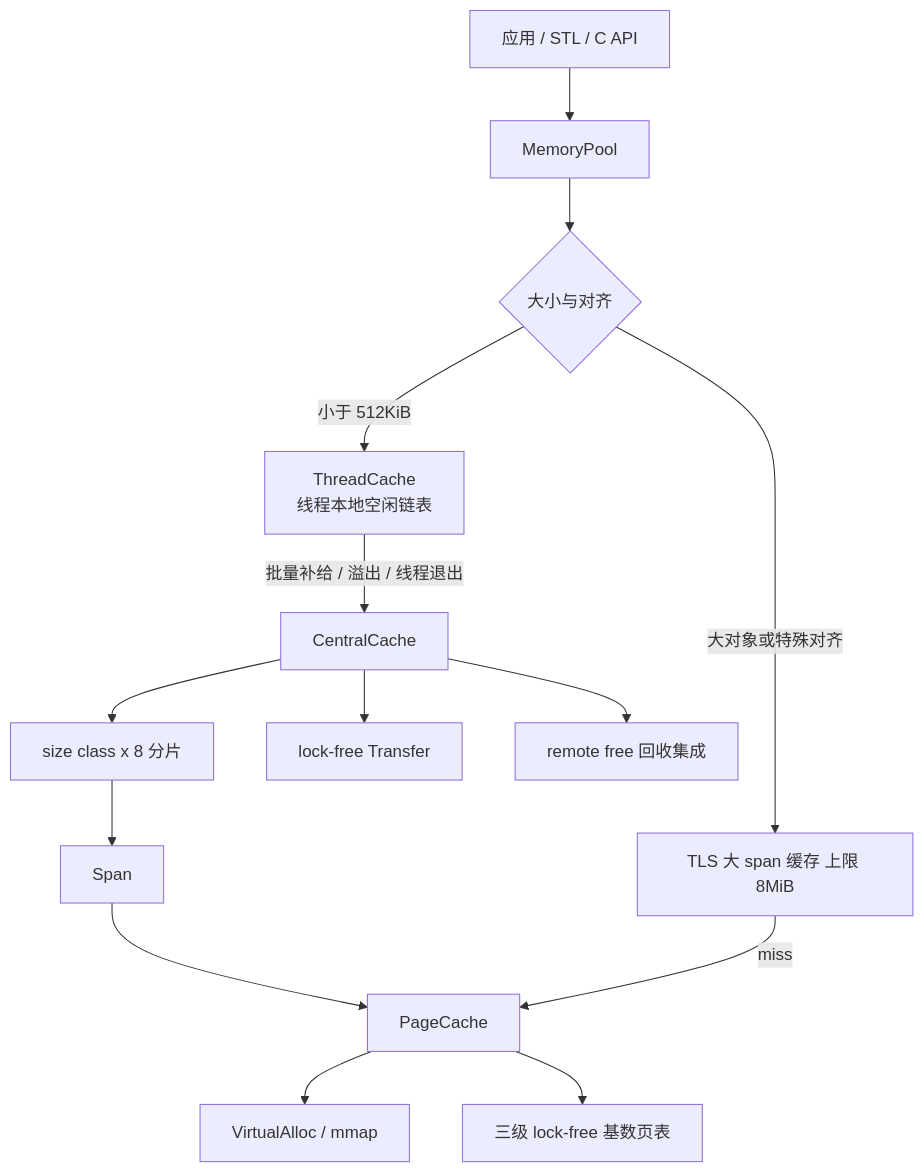
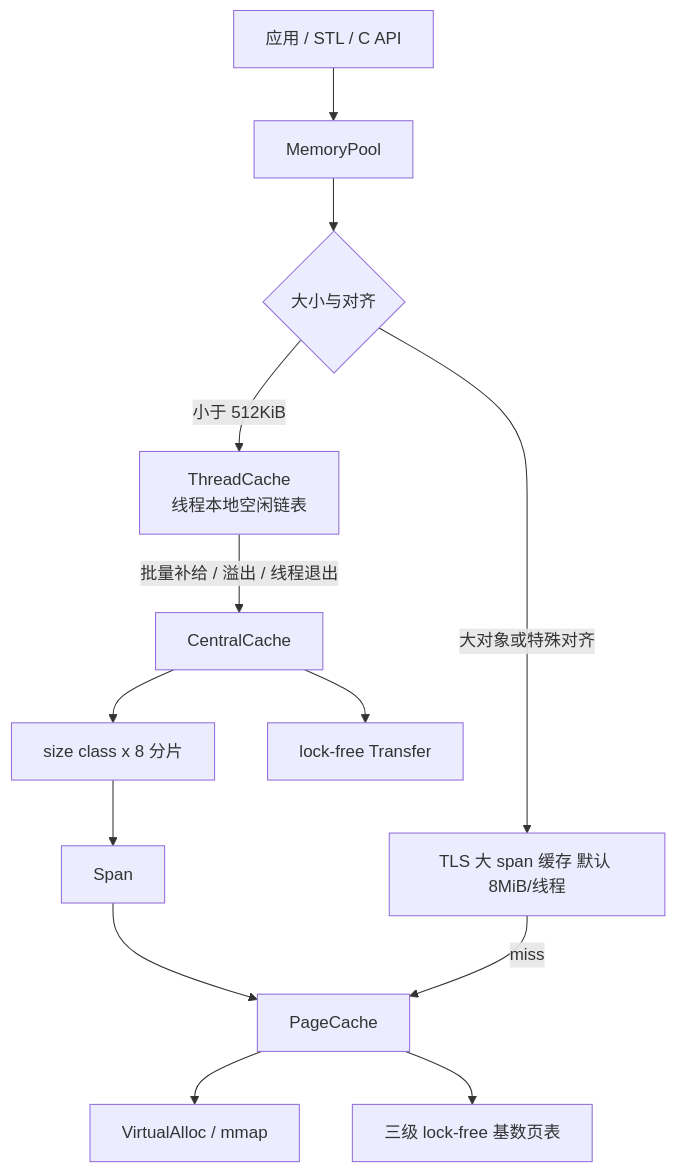
The first of 3 diagrams in README.md (xmd-hs/my-MemoryPool), drawn with Mermaid before and after one commit. The commit also changed other lines of this file and 33 other files, not shown here.

````diff
--- a/README.md
+++ b/README.md
@@ -134,16 +144,15 @@
 ```mermaid
 flowchart TB
     A[应用 / STL / C API] --> B[MemoryPool]
     B --> C{大小与对齐}
     C -->|小于 512KiB| D[ThreadCache<br/>线程本地空闲链表]
     D -->|批量补给 / 溢出 / 线程退出| E[CentralCache]
     E --> E1[size class x 8 分片]
     E --> E2[lock-free Transfer]
-    E --> E3[remote free 回收集成]
     E1 --> F[Span]
     F --> G[PageCache]
-    C -->|大对象或特殊对齐| H[TLS 大 span 缓存 上限 8MiB]
+    C -->|大对象或特殊对齐| H[TLS 大 span 缓存 默认 8MiB/线程]
     H -->|miss| G
     G --> I[VirtualAlloc / mmap]
     G --> J[三级 lock-free 基数页表]
 ```
````
